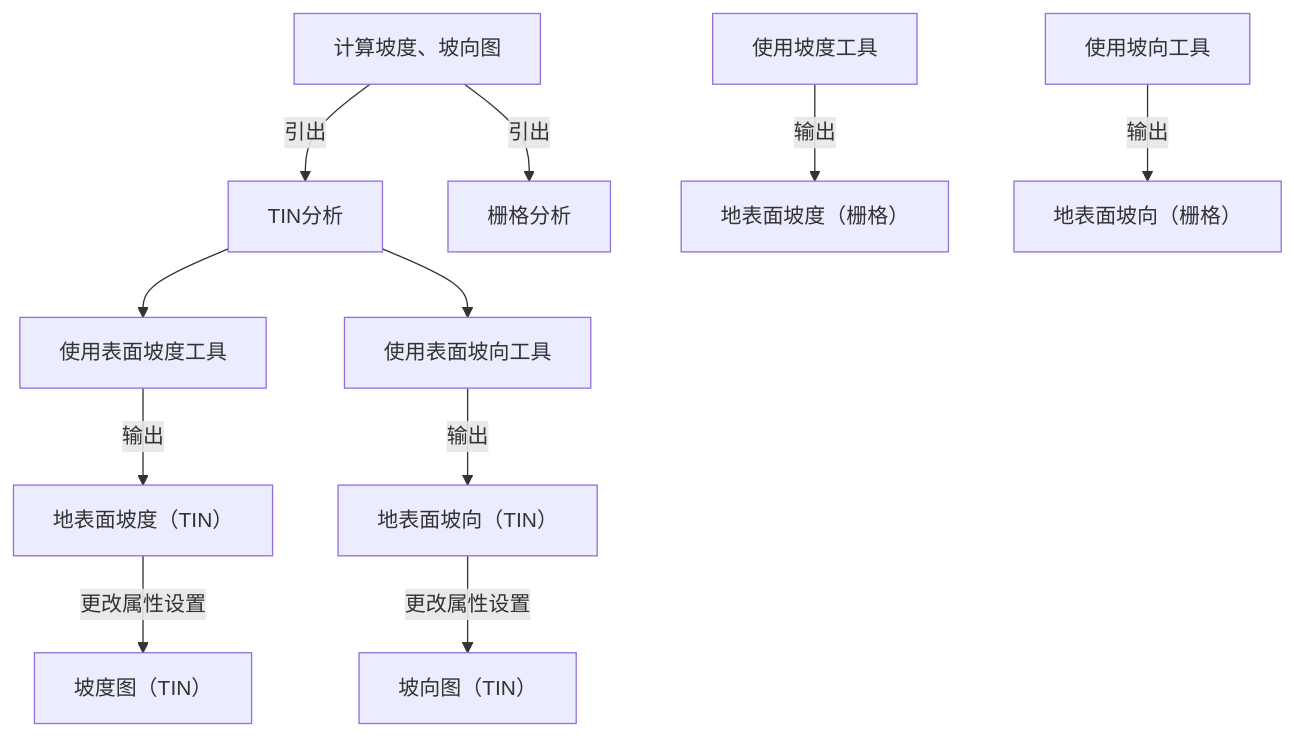
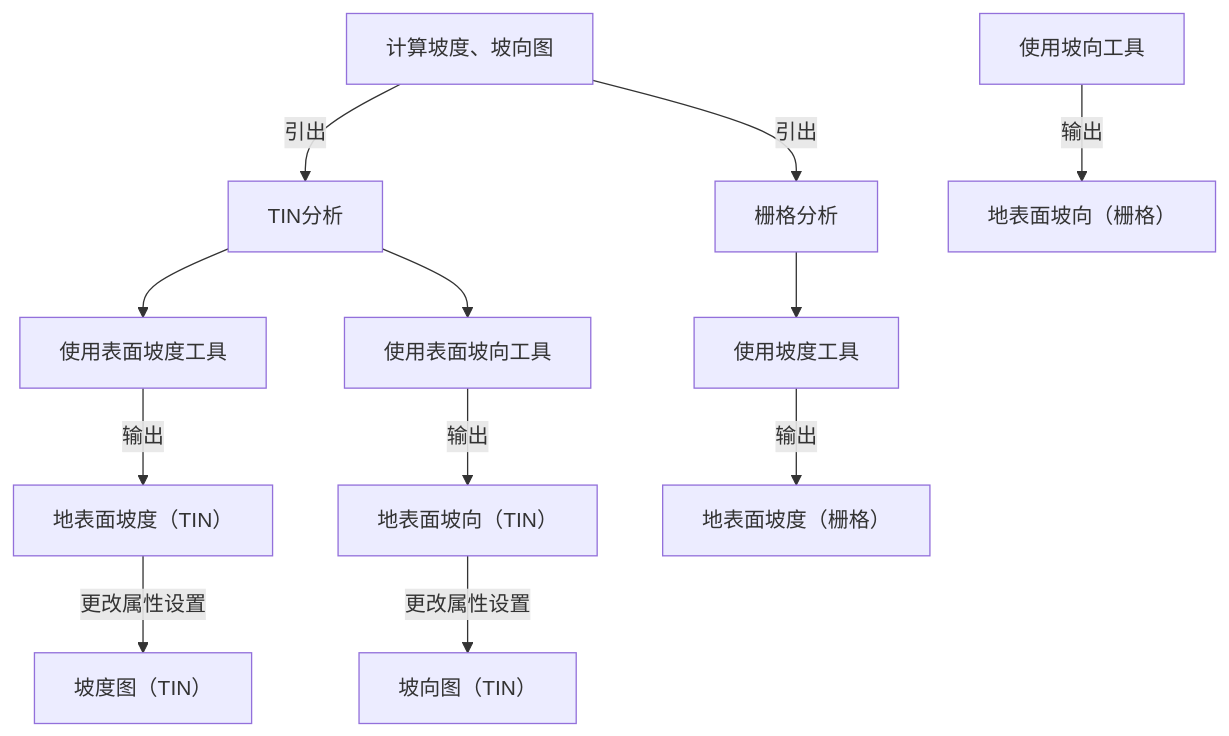
One commit to newguser/iodraw-files changed the diagram in all/未命名.md. Above: the diagram before and after it, drawn with Mermaid.

Commit message:
2025-02-27 22:12:17 update

````diff
--- a/all/未命名.md
+++ b/all/未命名.md
@@ -1,16 +1,16 @@
 ```mermaid
 graph TD
     A[计算坡度、坡向图] -->|引出| B[TIN分析]
     A -->|引出| C[栅格分析]
     B[TIN分析]--> B1[使用表面坡度工具]
     B[TIN分析]--> B4[使用表面坡向工具]
-    C[栅格分析]
+    C[栅格分析]-->C1[使用坡度工具]
         B1[使用表面坡度工具] -->|输出| B2[地表面坡度（TIN）]
         B2 -->|更改属性设置| B3[坡度图（TIN）]
         B4[使用表面坡向工具] -->|输出| B5[地表面坡向（TIN）]
         B5 -->|更改属性设置| B6[坡向图（TIN）]
 
         C1[使用坡度工具] -->|输出| C2[地表面坡度（栅格）]
         C3[使用坡向工具] -->|输出| C4[地表面坡向（栅格）]
 
 ```
````
